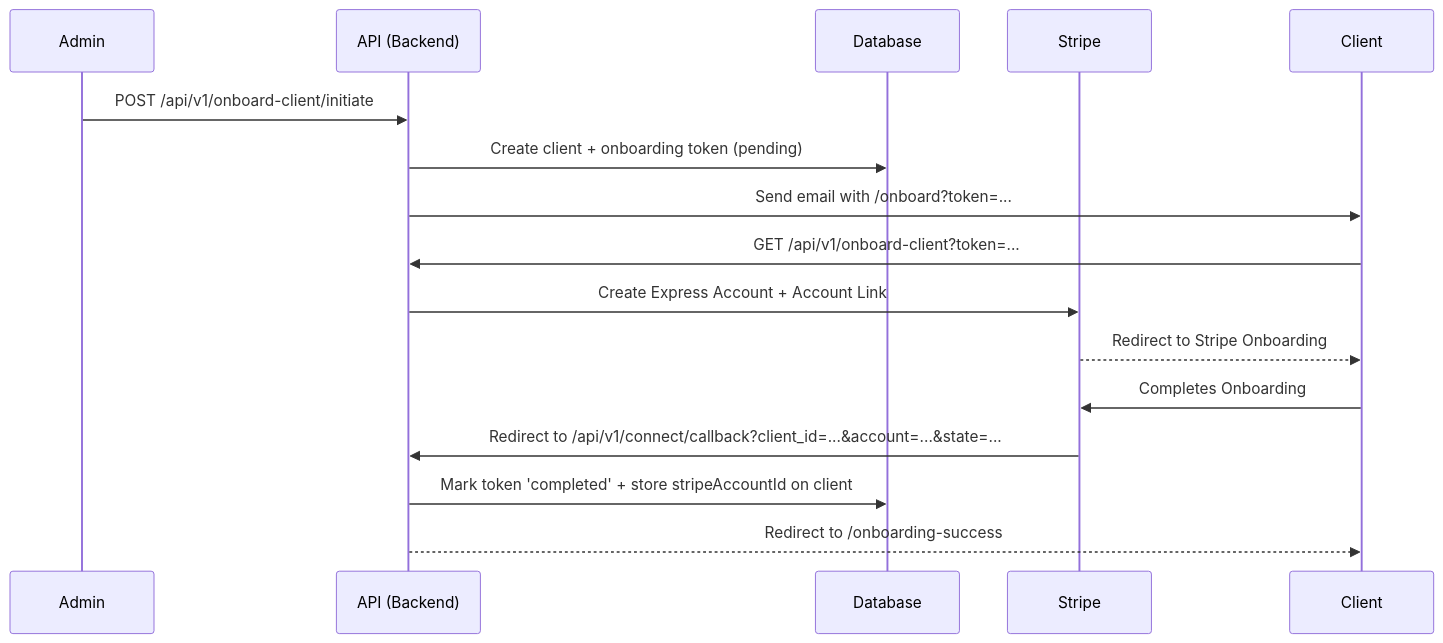
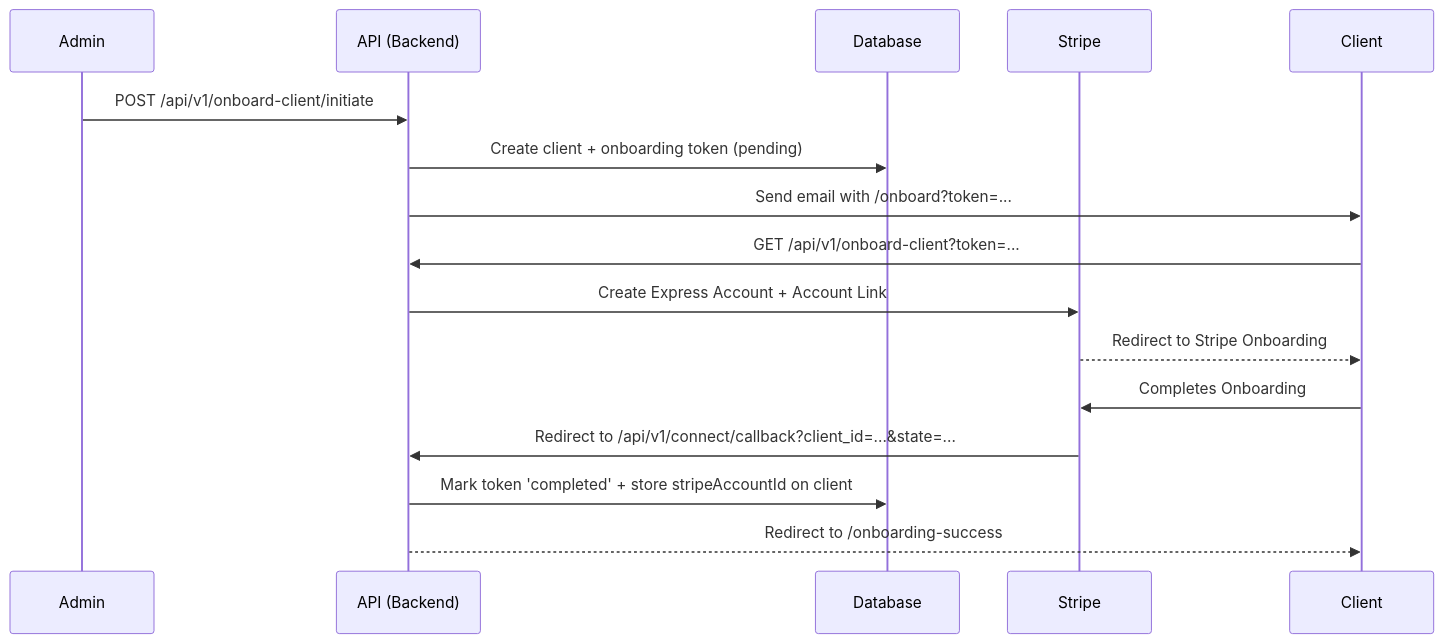
One commit to DFW-Software-Consulting/dfwsc2.0 changed the second of 2 diagrams in docs/ARCHITECTURE.md. Above: the diagram before and after it, drawn with Mermaid. The commit also changed other lines of this file and 6 other files, not shown here.

First line of the commit message:
feat(payments): return stripeAccountId + correct callback docs

````diff
--- a/docs/ARCHITECTURE.md
+++ b/docs/ARCHITECTURE.md
@@ -40,19 +40,19 @@
 ```mermaid
 sequenceDiagram
     participant Admin
     participant A as API (Backend)
     participant DB as Database
     participant S as Stripe
     participant C as Client
 
     Admin->>A: POST /api/v1/onboard-client/initiate
     A->>DB: Create client + onboarding token (pending)
     A->>C: Send email with /onboard?token=...
     C->>A: GET /api/v1/onboard-client?token=...
     A->>S: Create Express Account + Account Link
     S-->>C: Redirect to Stripe Onboarding
     C->>S: Completes Onboarding
-    S->>A: Redirect to /api/v1/connect/callback?client_id=...&account=...&state=...
+    S->>A: Redirect to /api/v1/connect/callback?client_id=...&state=...
     A->>DB: Mark token 'completed' + store stripeAccountId on client
     A-->>C: Redirect to /onboarding-success
 ```
````
